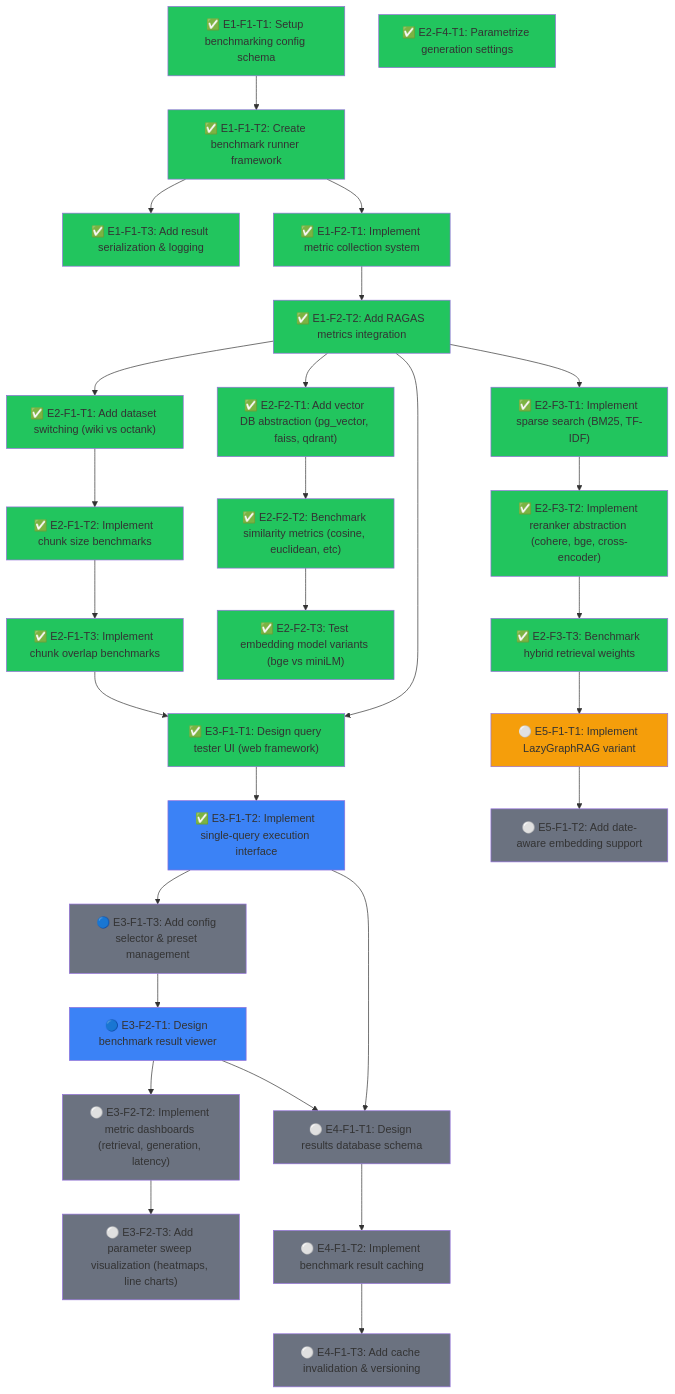
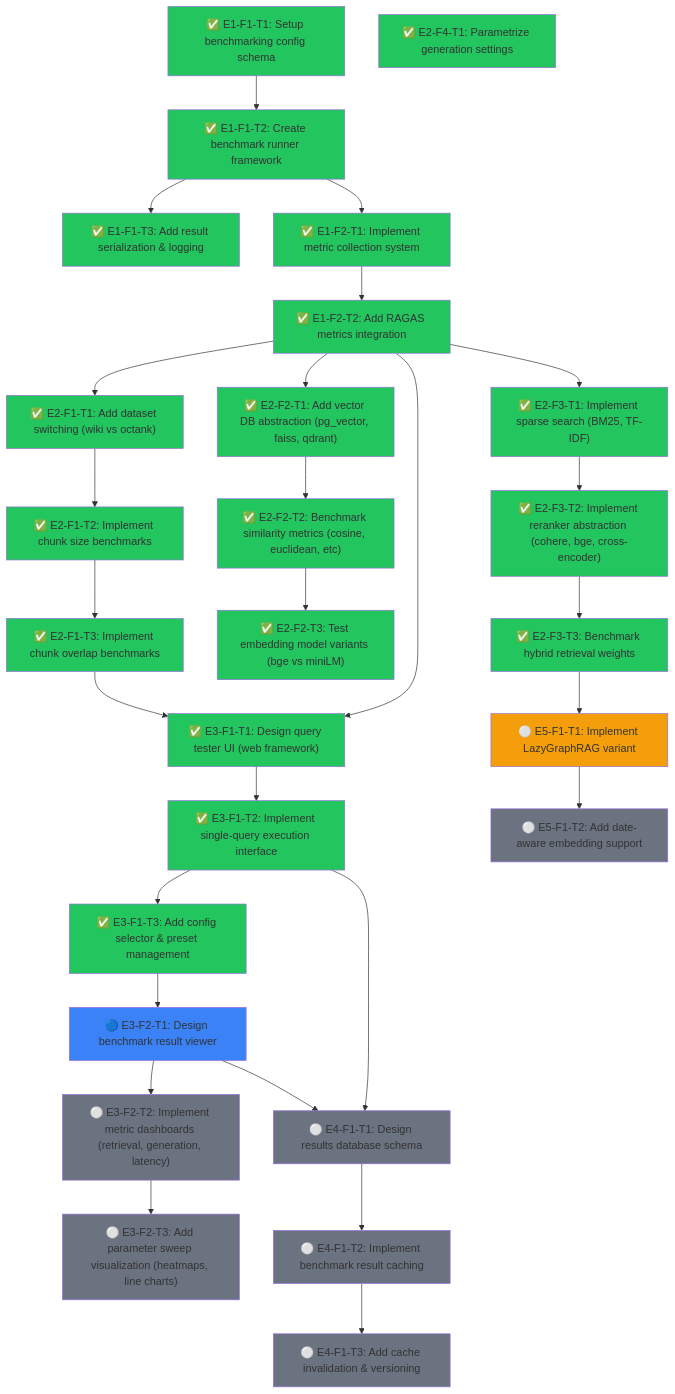
Before and after one commit to Vutiot/EvenementsRAG: the diagram in ROADMAP.md, drawn with Mermaid. The commit also changed other lines of this file and 7 other files, not shown here.

```diff
--- a/ROADMAP.md
+++ b/ROADMAP.md
@@ -34,7 +34,7 @@
 
   E3F1T1["✅ E3-F1-T1: Design query tester UI (web framework)"]
   E3F1T2["✅ E3-F1-T2: Implement single-query execution interface"]
-  E3F1T3["🔵 E3-F1-T3: Add config selector & preset management"]
+  E3F1T3["✅ E3-F1-T3: Add config selector & preset management"]
 
   E3F2T1["🔵 E3-F2-T1: Design benchmark result viewer"]
   E3F2T2["⚪ E3-F2-T2: Implement metric dashboards (retrieval, generation, latency)"]
@@ -94,8 +94,8 @@
   style E2F3T3 fill:#22c55e
   style E2F4T1 fill:#22c55e
   style E3F1T1 fill:#22c55e
-  style E3F1T2 fill:#3b82f6
-  style E3F1T3 fill:#6b7280
+  style E3F1T2 fill:#22c55e
+  style E3F1T3 fill:#22c55e
   style E3F2T1 fill:#3b82f6
   style E3F2T2 fill:#6b7280
   style E3F2T3 fill:#6b7280
```
